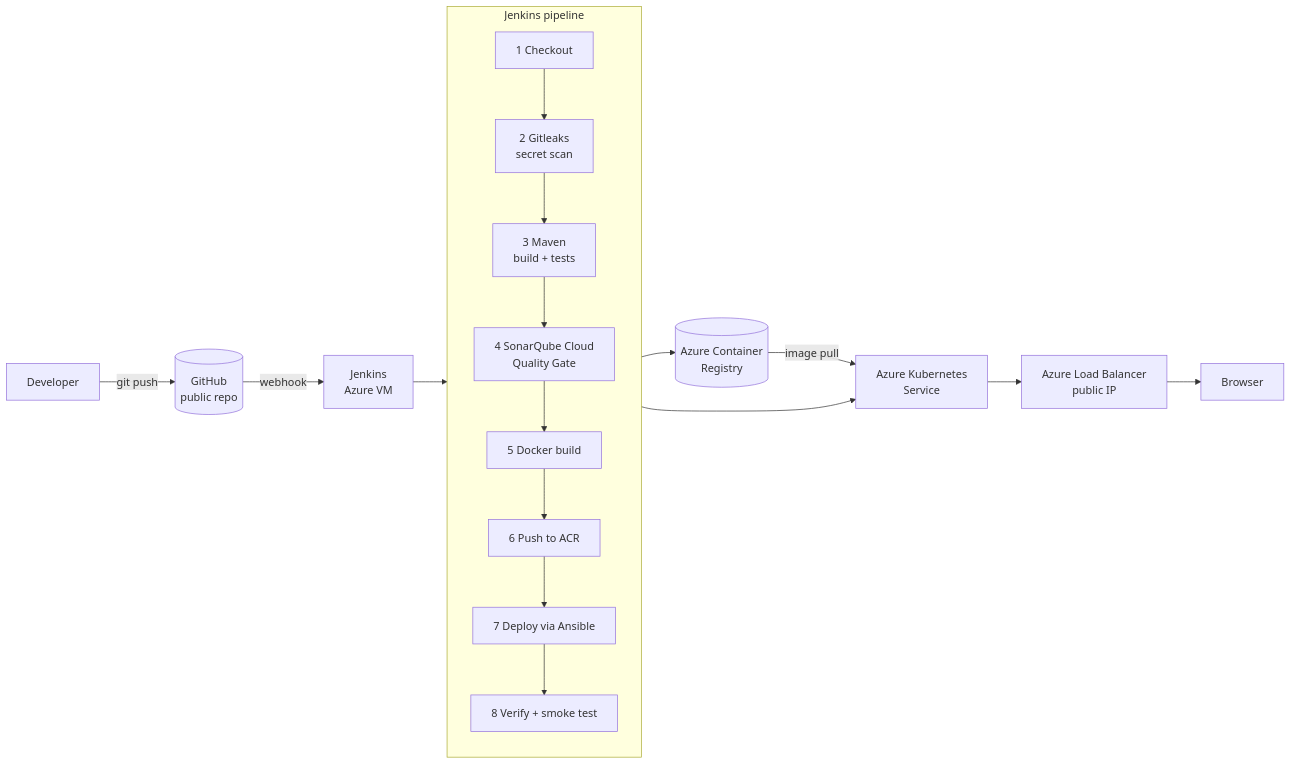
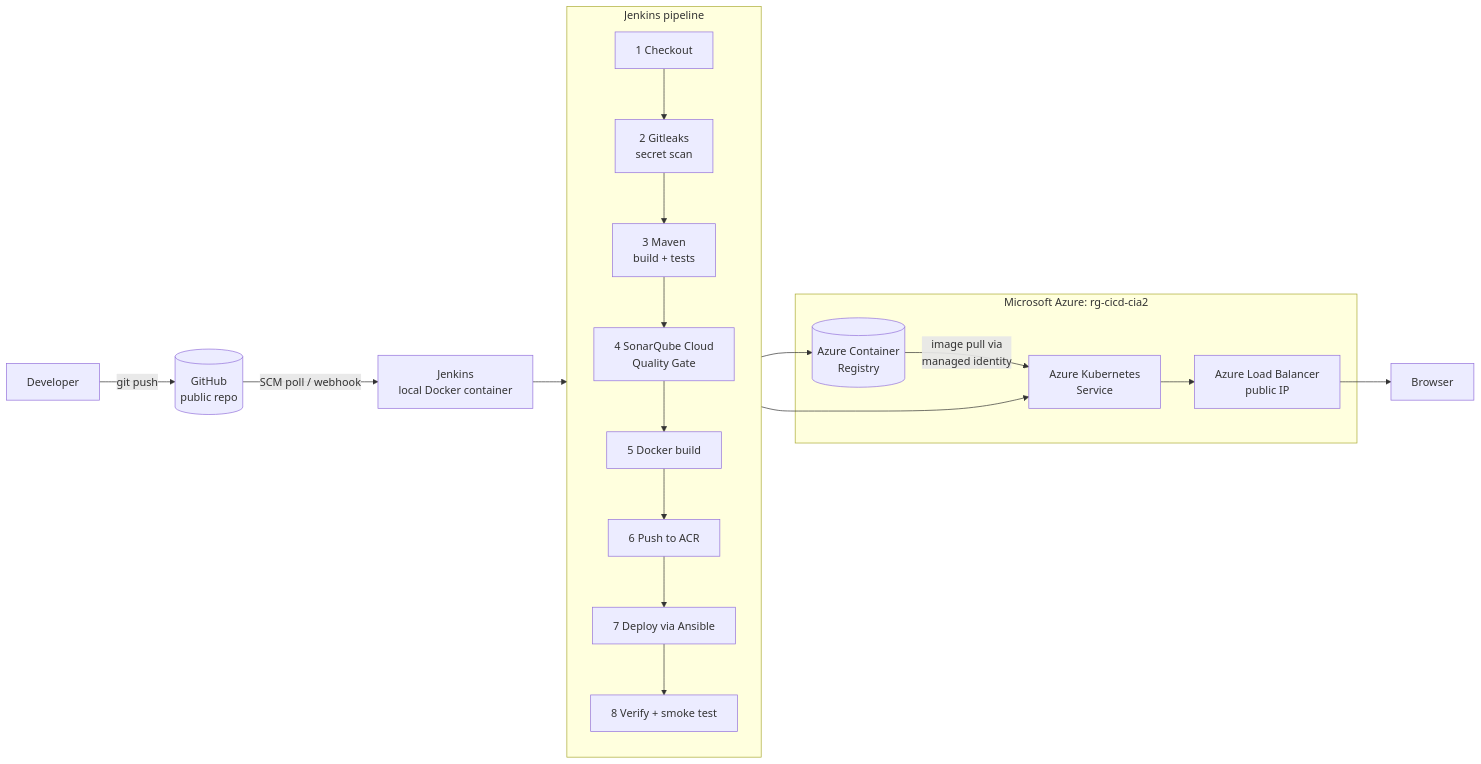
Before and after one commit to manisudhan/cicd-azure-cia2: the diagram in README.md, drawn with Mermaid. The commit also changed other lines of this file and 14 other files, not shown here.

First line of the commit message:
Run Jenkins locally in Docker instead of on an Azure VM

````diff
--- a/README.md
+++ b/README.md
@@ -12,23 +16,30 @@
 ```mermaid
 flowchart LR
     DEV[Developer] -->|git push| GH[(GitHub<br/>public repo)]
-    GH -->|webhook| J[Jenkins<br/>Azure VM]
+    GH -->|SCM poll / webhook| J[Jenkins<br/>local Docker container]
 
     subgraph PIPE[Jenkins pipeline]
         direction TB
         S1[1 Checkout] --> S2[2 Gitleaks<br/>secret scan]
         S2 --> S3[3 Maven<br/>build + tests]
         S3 --> S4[4 SonarQube Cloud<br/>Quality Gate]
         S4 --> S5[5 Docker build]
         S5 --> S6[6 Push to ACR]
         S6 --> S7[7 Deploy via Ansible]
         S7 --> S8[8 Verify + smoke test]
     end
 
     J --> PIPE
-    S6 --> ACR[(Azure Container<br/>Registry)]
-    S7 --> AKS[Azure Kubernetes<br/>Service]
-    ACR -->|image pull| AKS
-    AKS --> LB[Azure Load Balancer<br/>public IP]
+
+    subgraph AZ[Microsoft Azure: rg-cicd-cia2]
+        ACR[(Azure Container<br/>Registry)]
+        AKS[Azure Kubernetes<br/>Service]
+        LB[Azure Load Balancer<br/>public IP]
+        ACR -->|image pull via<br/>managed identity| AKS
+        AKS --> LB
+    end
+
+    S6 --> ACR
+    S7 --> AKS
     LB --> USER[Browser]
 ```
````
